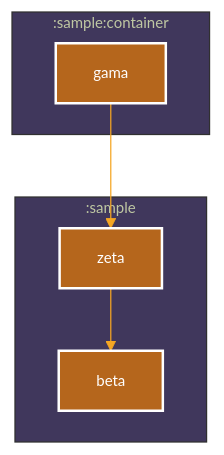
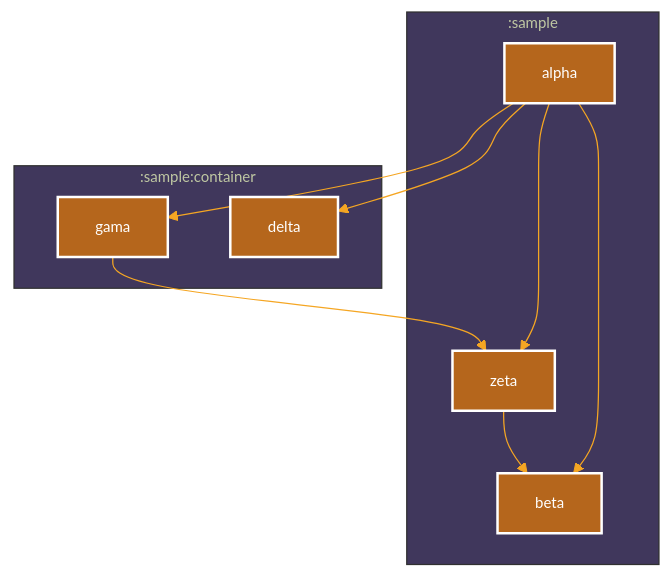
Before and after one commit to iurysza/module-graph: the diagram in sample/README.md, drawn with Mermaid. The commit also changed 8 other files, not shown here.

````diff
--- a/sample/README.md
+++ b/sample/README.md
@@ -3,25 +3,33 @@
 ```mermaid
 %%{
   init: {
     'theme': 'base',
     'themeVariables': {"primaryTextColor":"#F6F8FAff","primaryColor":"#5a4f7c","primaryBorderColor":"#5a4f7c","tertiaryColor":"#40375c","lineColor":"#f5a623","fontSize":"12px"}
   }
 }%%
 
 graph TB
   subgraph :sample
     :sample:zeta["zeta"]
     :sample:beta["beta"]
+    :sample:alpha["alpha"]
   end
   subgraph :sample:container
     :sample:container:gama["gama"]
+    :sample:container:delta["delta"]
   end
   :sample:container:gama --> :sample:zeta
   :sample:zeta --> :sample:beta
+  :sample:alpha --> :sample:zeta
+  :sample:alpha --> :sample:beta
+  :sample:alpha --> :sample:container:gama
+  :sample:alpha --> :sample:container:delta
 
 classDef java fill:#B5661C,stroke:#fff,stroke-width:2px,color:#fff;
 class :sample:container:gama java
 class :sample:zeta java
 class :sample:beta java
+class :sample:alpha java
+class :sample:container:delta java
 
 ```
````
